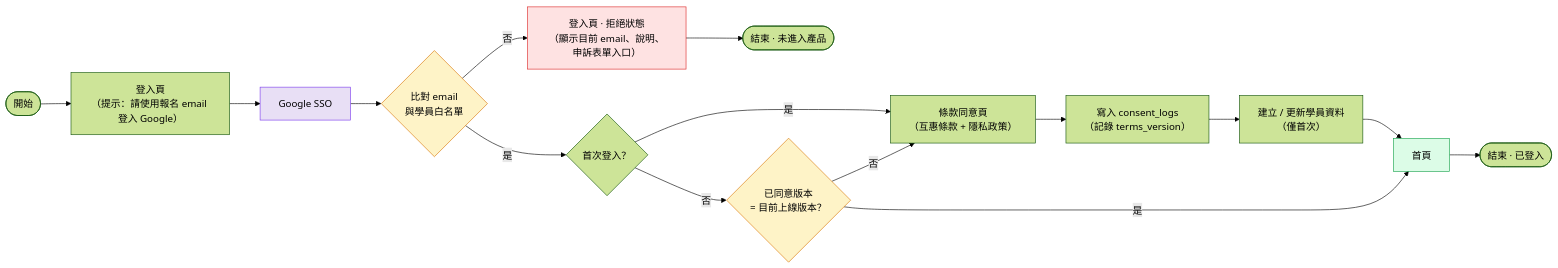
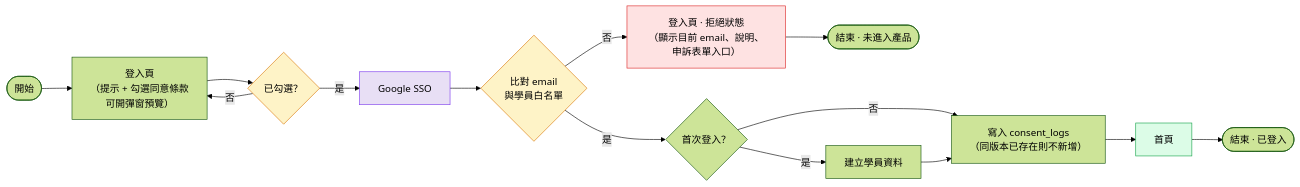
The first of 2 diagrams in docs/auth/05-first-timer-login-flow.md (thementorship-tw/thementorship-exchange-app), drawn with Mermaid (forest theme) before and after one commit. The commit also changed other lines of this file and 4 other files, not shown here.

Commit message:
docs(auth): align onboarding flow with login-page consent decision

````diff
--- a/docs/auth/05-first-timer-login-flow.md
+++ b/docs/auth/05-first-timer-login-flow.md
@@ -38,27 +40,24 @@
 ```mermaid
 flowchart LR
-    Start([開始]) --> LoginPage["登入頁<br/>（提示：請使用報名 email 登入 Google）"]
-    LoginPage --> GoogleSSO[Google SSO]
+    Start([開始]) --> LoginPage["登入頁<br/>（提示 + 勾選同意條款<br/>可開彈窗預覽）"]
+    LoginPage --> Checked{已勾選？}
+    Checked -->|否| LoginPage
+    Checked -->|是| GoogleSSO[Google SSO]
     GoogleSSO --> Whitelist{比對 email<br/>與學員白名單}
 
     Whitelist -->|否| RejectedLogin["登入頁 · 拒絕狀態<br/>（顯示目前 email、說明、申訴表單入口）"]
     RejectedLogin --> EndReject([結束 · 未進入產品])
 
     Whitelist -->|是| FirstTime{首次登入？}
-    FirstTime -->|是| Consent["條款同意頁<br/>（互惠條款 + 隱私政策）"]
-    FirstTime -->|否| TermsVer{"已同意版本<br/>= 目前上線版本？"}
-
-    TermsVer -->|否| Consent
-    TermsVer -->|是| Home[首頁]
-
-    Consent --> LogConsent["寫入 consent_logs<br/>（記錄 terms_version）"]
-    LogConsent --> CreateProfile["建立 / 更新學員資料<br/>（僅首次）"]
-    CreateProfile --> Home
+    FirstTime -->|是| CreateProfile["建立學員資料"]
+    FirstTime -->|否| LogConsent
+    CreateProfile --> LogConsent["寫入 consent_logs<br/>（同版本已存在則不新增）"]
+    LogConsent --> Home[首頁]
     Home --> EndOK([結束 · 已登入])
 
     style GoogleSSO fill:#e8dff5,stroke:#7c3aed
     style Whitelist fill:#fef3c7,stroke:#d97706
-    style TermsVer fill:#fef3c7,stroke:#d97706
+    style Checked fill:#fef3c7,stroke:#d97706
     style RejectedLogin fill:#fee2e2,stroke:#dc2626
     style Home fill:#dcfce7,stroke:#16a34a
 ```
````
